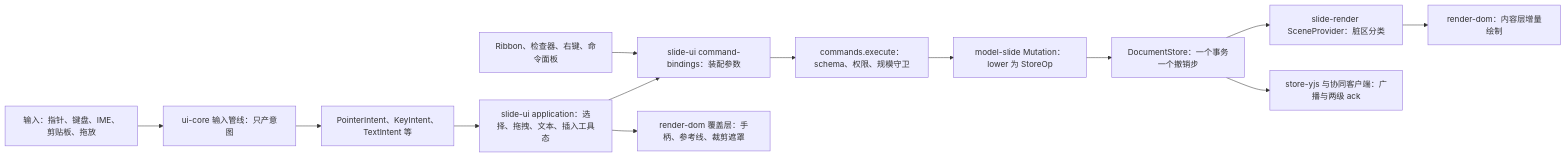
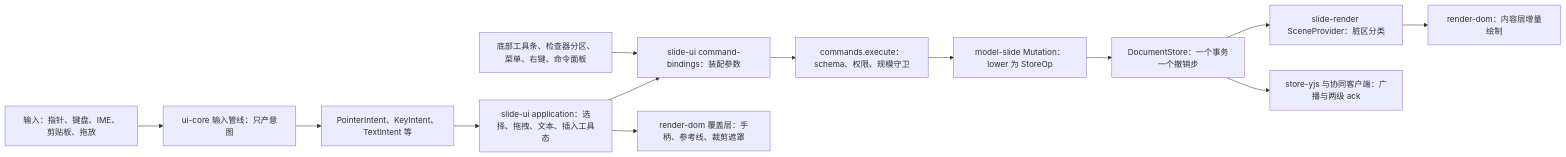
Before and after one commit to Xeonice/cordis-ppt-editor: the first of 35 diagrams in docs/50-frontend/18-editor-capabilities.md, drawn with Mermaid. The commit also changed other lines of this file and 25 other files, not shown here.

````diff
--- a/docs/50-frontend/18-editor-capabilities.md
+++ b/docs/50-frontend/18-editor-capabilities.md
@@ -45,15 +57,15 @@
 ```mermaid
 flowchart LR
   input["输入：指针、键盘、IME、剪贴板、拖放"] --> pipe["ui-core 输入管线：只产意图"]
   pipe --> intent["PointerIntent、KeyIntent、TextIntent 等"]
   intent --> slideUi["slide-ui application：选择、拖拽、文本、插入工具态"]
-  ribbon["Ribbon、检查器、右键、命令面板"] --> bind["slide-ui command-bindings：装配参数"]
+  ctrl["底部工具条、检查器分区、菜单、右键、命令面板"] --> bind["slide-ui command-bindings：装配参数"]
   slideUi --> bind
   bind --> cmd["commands.execute：schema、权限、规模守卫"]
   cmd --> mut["model-slide Mutation：lower 为 StoreOp"]
   mut --> store["DocumentStore：一个事务一个撤销步"]
   store --> scene["slide-render SceneProvider：脏区分类"]
   scene --> dom["render-dom：内容层增量绘制"]
   slideUi --> overlay["render-dom 覆盖层：手柄、参考线、裁剪遮罩"]
   store --> collab["store-yjs 与协同客户端：广播与两级 ack"]
 ```
````
